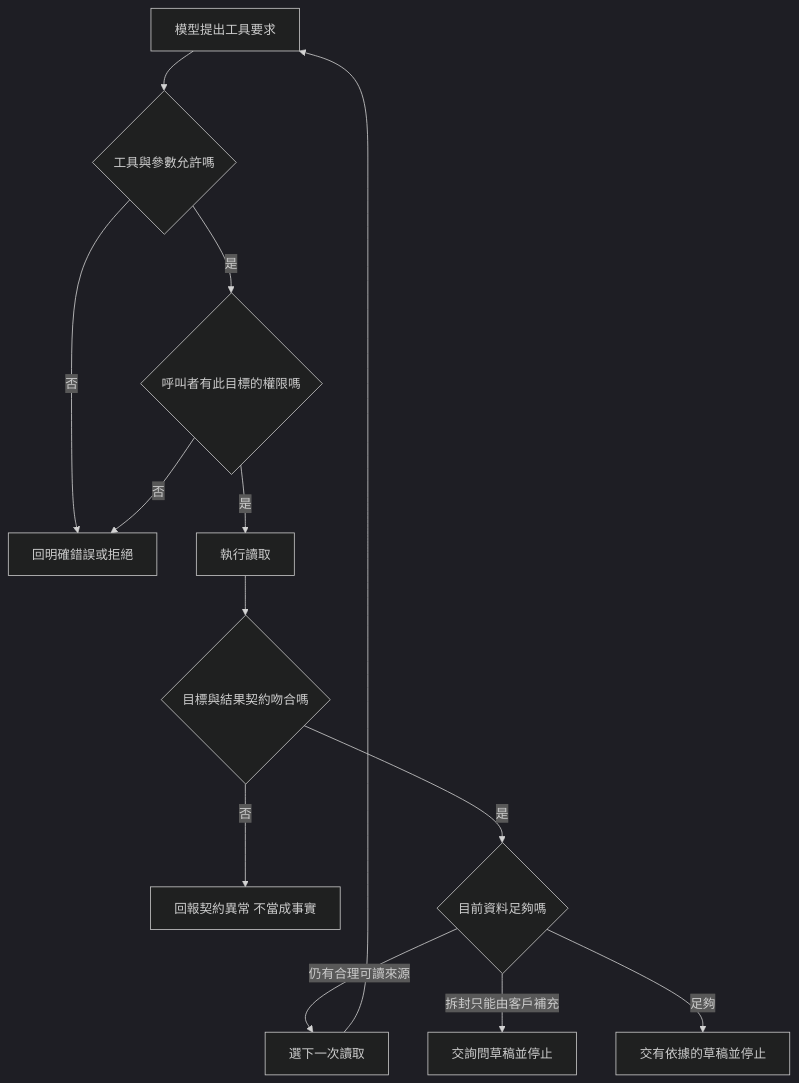
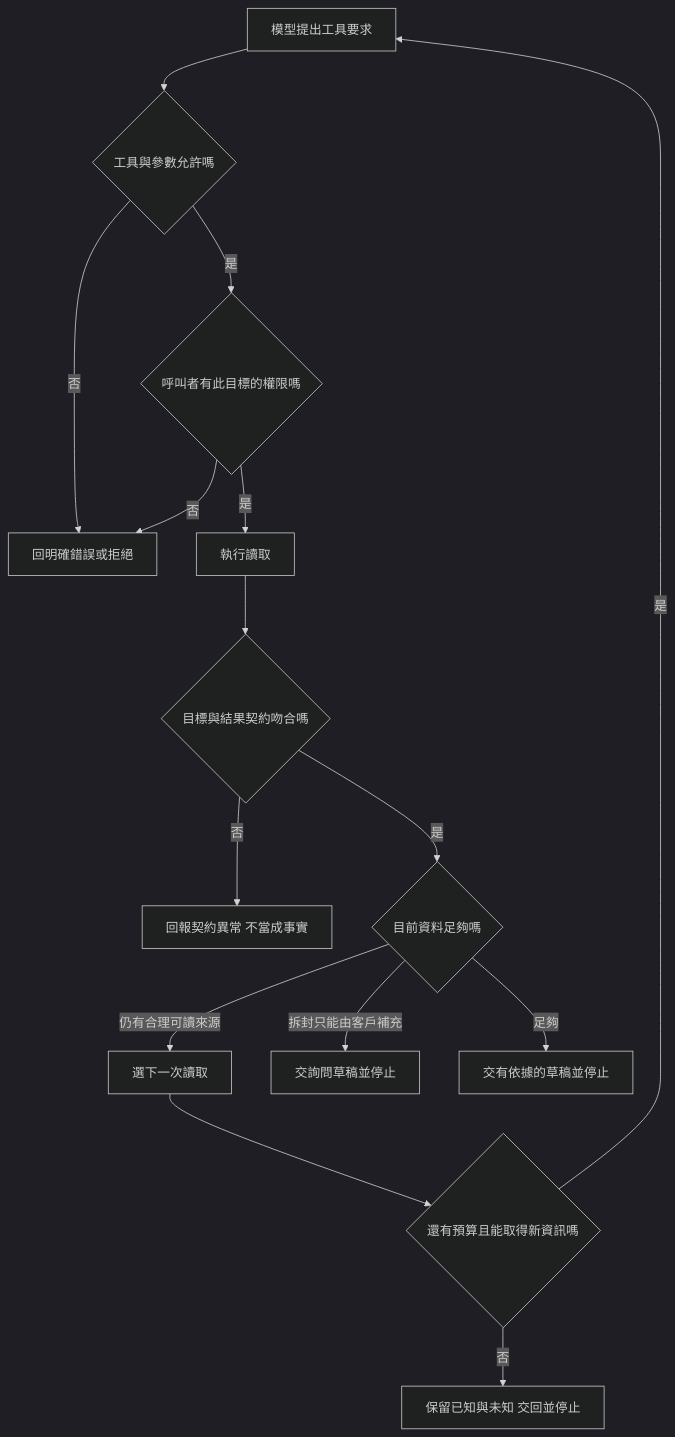
Before and after one commit to easyvibecoding/Agent-Engineering: the diagram in chapters/agent-core/03-tool-contracts/lesson.md, drawn with Mermaid (dark theme). The commit also changed other lines of this file and 134 other files, not shown here.

````diff
--- a/chapters/agent-core/03-tool-contracts/lesson.md
+++ b/chapters/agent-core/03-tool-contracts/lesson.md
@@ -122,15 +144,17 @@
 ```mermaid
 flowchart TD
     A[模型提出工具要求] --> B{工具與參數允許嗎}
     B -->|否| C[回明確錯誤或拒絕]
     B -->|是| D{呼叫者有此目標的權限嗎}
     D -->|否| C
     D -->|是| E[執行讀取]
     E --> F{目標與結果契約吻合嗎}
     F -->|否| G[回報契約異常 不當成事實]
     F -->|是| H{目前資料足夠嗎}
     H -->|仍有合理可讀來源| I[選下一次讀取]
-    I --> A
+    I --> L{還有預算且能取得新資訊嗎}
+    L -->|是| A
+    L -->|否| M[保留已知與未知 交回並停止]
     H -->|拆封只能由客戶補充| J[交詢問草稿並停止]
     H -->|足夠| K[交有依據的草稿並停止]
 ```
````
